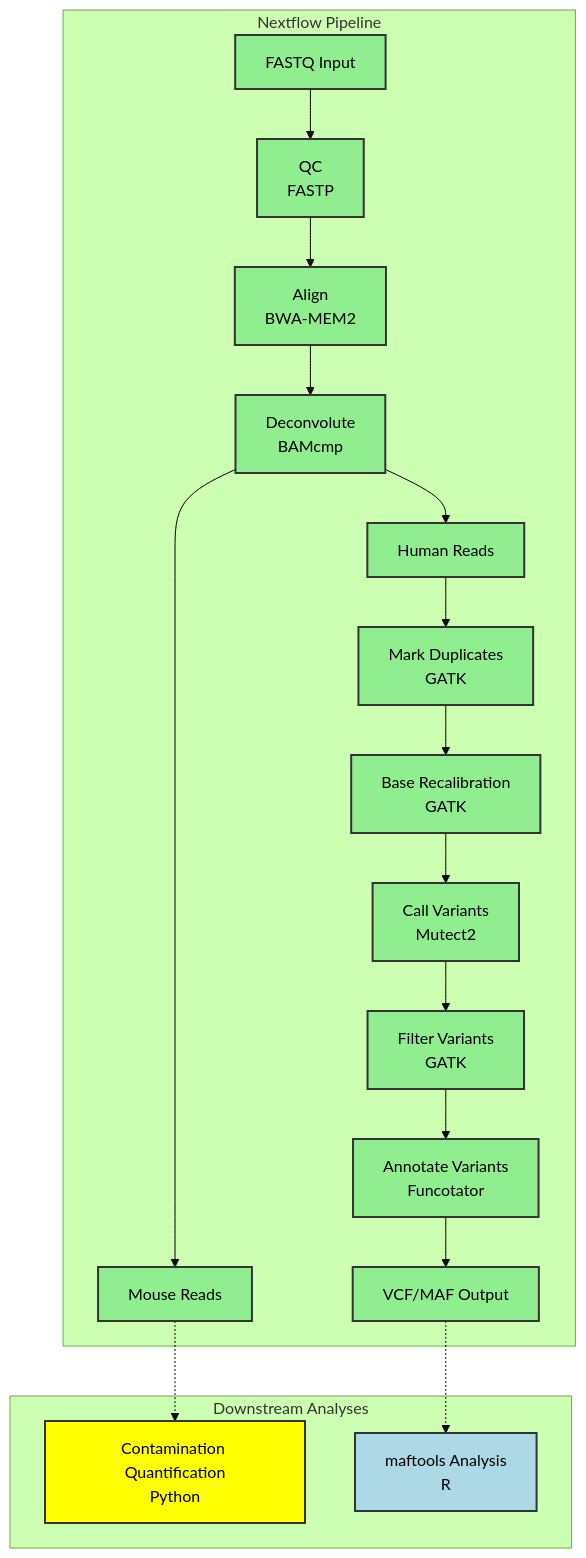
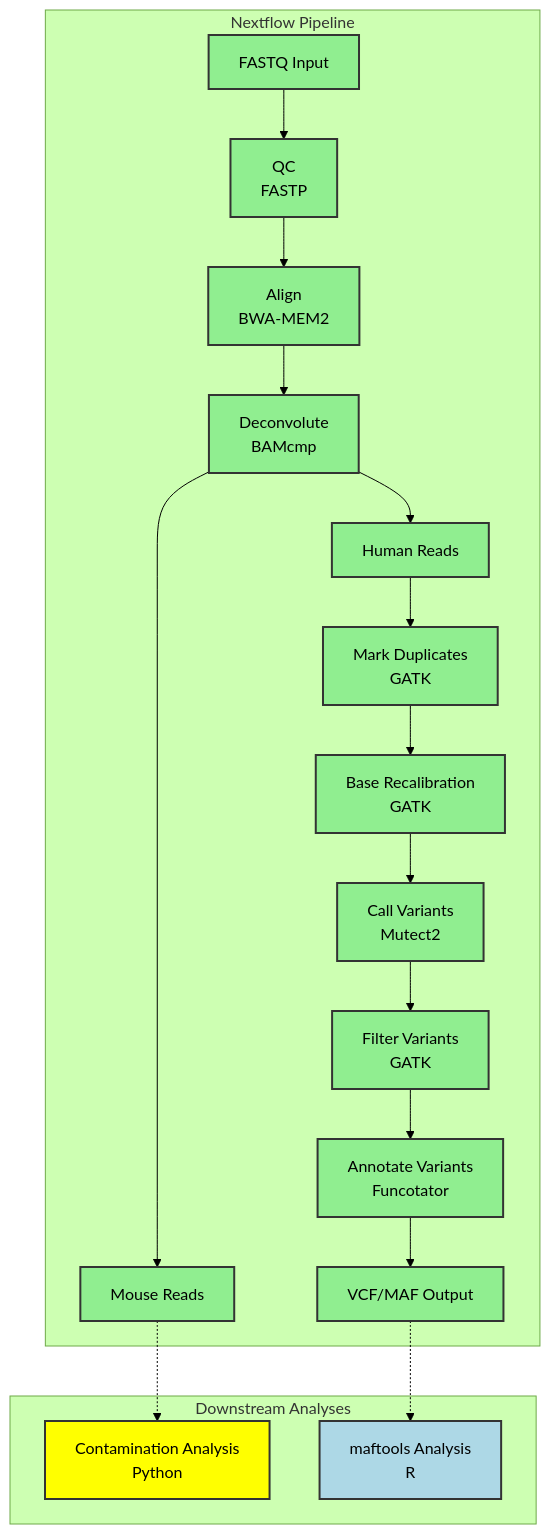
One commit to tylergross97/pdx_somatic_variant_calling changed the diagram in README.md. Above: the diagram before and after it, drawn with Mermaid (forest theme).

````diff
--- a/README.md
+++ b/README.md
@@ -41,38 +41,38 @@
 ```mermaid
 graph TD
     subgraph "Nextflow Pipeline"
     style A fill:#90EE90,stroke:#333,stroke-width:2px,color:#000
     style B fill:#90EE90,stroke:#333,stroke-width:2px,color:#000
     style C fill:#90EE90,stroke:#333,stroke-width:2px,color:#000
     style D fill:#90EE90,stroke:#333,stroke-width:2px,color:#000
     style E fill:#90EE90,stroke:#333,stroke-width:2px,color:#000
     style F fill:#90EE90,stroke:#333,stroke-width:2px,color:#000
     style G fill:#90EE90,stroke:#333,stroke-width:2px,color:#000
     style H fill:#90EE90,stroke:#333,stroke-width:2px,color:#000
     style I fill:#90EE90,stroke:#333,stroke-width:2px,color:#000
     style J fill:#90EE90,stroke:#333,stroke-width:2px,color:#000
     style K fill:#90EE90,stroke:#333,stroke-width:2px,color:#000
     style L fill:#90EE90,stroke:#333,stroke-width:2px,color:#000
     A[FASTQ Input] --> B[QC<br>FASTP]
     B --> C[Align<br>BWA-MEM2]
     C --> D[Deconvolute<br>BAMcmp]
     D --> E[Human Reads]
     D --> F[Mouse Reads]
     E --> G[Mark Duplicates<br>GATK]
     G --> H[Base Recalibration<br>GATK]
     H --> I[Call Variants<br>Mutect2]
     I --> J[Filter Variants<br>GATK]
     J --> K[Annotate Variants<br>Funcotator]
     K --> L[VCF/MAF Output]
     end
 
     subgraph "Downstream Analyses"
     style M fill:#FFFF00,stroke:#333,stroke-width:2px,color:#000
     style N fill:#ADD8E6,stroke:#333,stroke-width:2px,color:#000
-    M[Contamination Quantification<br>Python]
+    M[Contamination Analysis<br>Python]
     N[maftools Analysis<br>R]
     end
 
     F -.-> M
     L -.-> N
 ```
````
